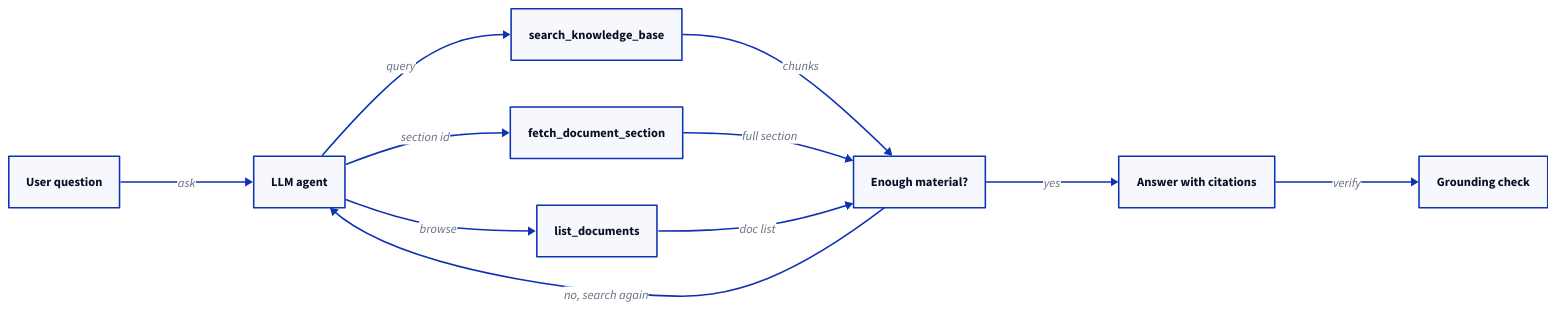
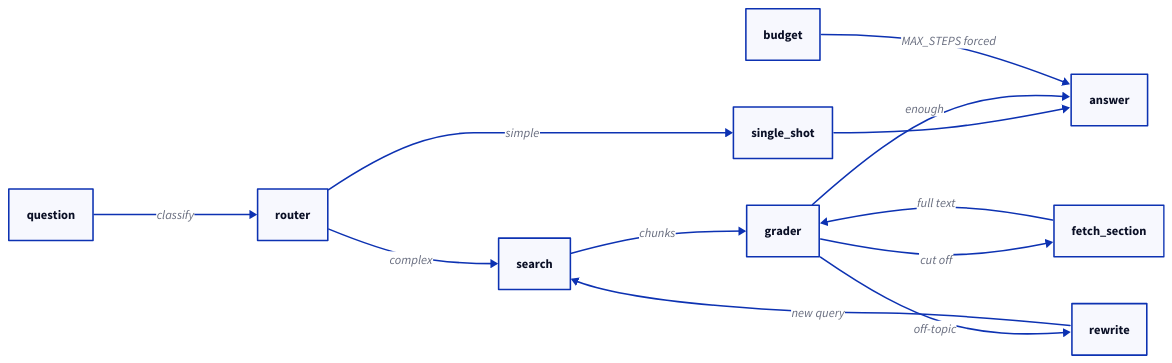
Before and after one commit to kobyal/ai-news-briefing: the diagram in blog/public/posts/agentic-rag/diagram.d2, drawn with D2. The commit also changed 336 other files, not shown here.

```diff
--- a/blog/public/posts/agentic-rag/diagram.d2
+++ b/blog/public/posts/agentic-rag/diagram.d2
@@ -1,19 +1,12 @@
 direction: right
-question: User question
-agent: LLM agent
-search: search_knowledge_base
-fetch: fetch_document_section
-list: list_documents
-check: Enough material?
-answer: Answer with citations
-guard: Grounding check
-question -> agent: ask
-agent -> search: query
-agent -> fetch: section id
-agent -> list: browse
-search -> check: chunks
-fetch -> check: full section
-list -> check: doc list
-check -> agent: no, search again
-check -> answer: yes
-answer -> guard: verify
+question -> router: classify
+router -> single_shot: simple
+router -> search: complex
+single_shot -> answer
+search -> grader: chunks
+grader -> rewrite: off-topic
+rewrite -> search: new query
+grader -> fetch_section: cut off
+fetch_section -> grader: full text
+grader -> answer: enough
+budget -> answer: MAX_STEPS forced
```
